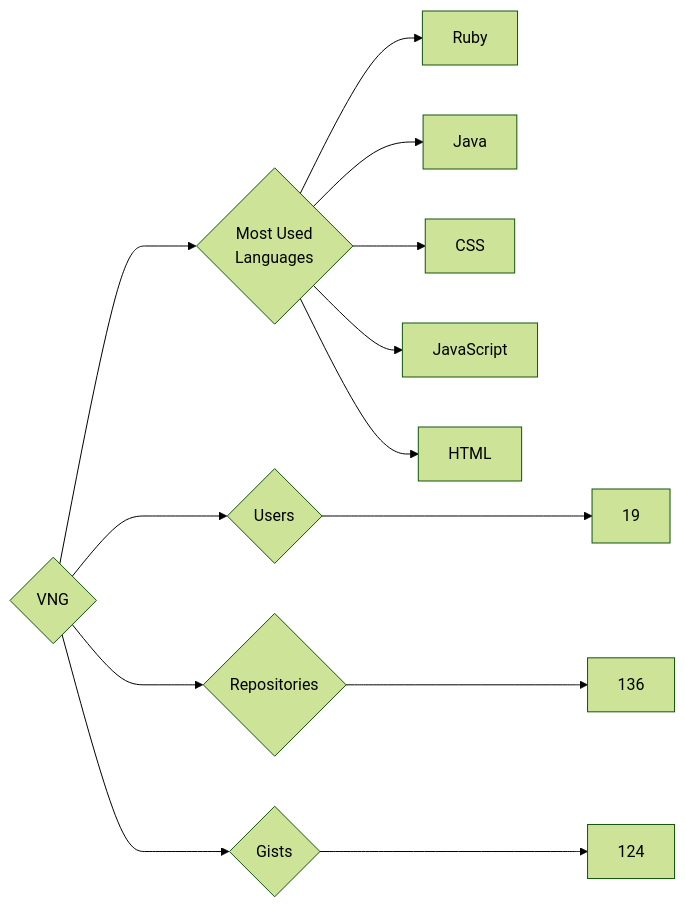
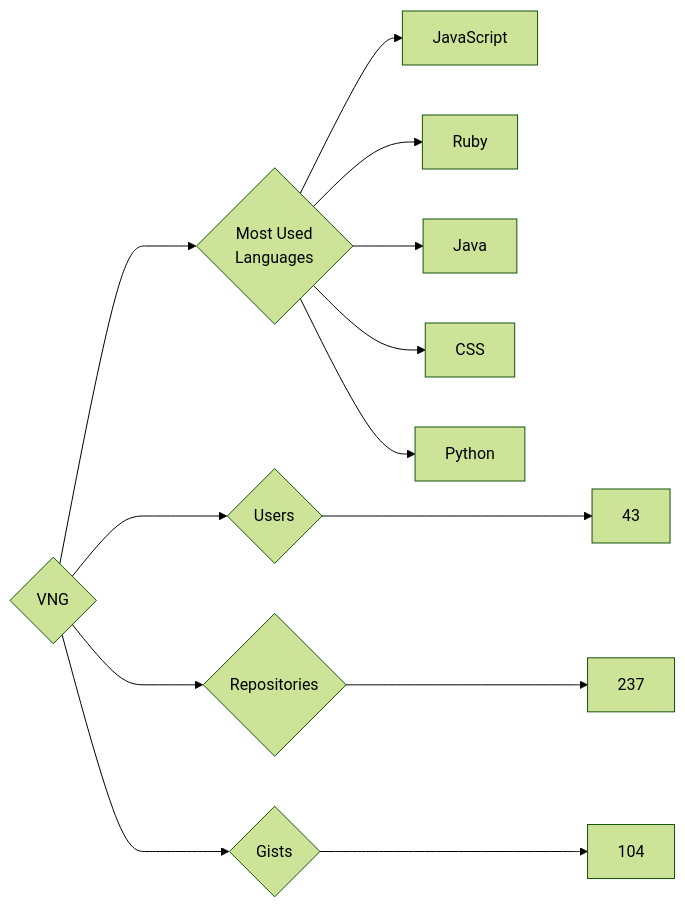
One commit to trickest/insiders changed the diagram in targets/VNG/README.md. Above: the diagram before and after it, drawn with Mermaid (forest theme). The commit also changed 928 other files, not shown here.

````diff
--- a/targets/VNG/README.md
+++ b/targets/VNG/README.md
@@ -3,13 +3,13 @@
 ```mermaid
 graph LR
 COMPANY_NAME{VNG}
-COMPANY_NAME ---> U{Users} ---> UN[19]
-COMPANY_NAME ---> R{Repositories} ---> RN[136]
-COMPANY_NAME ---> G{Gists} ---> GN[124]
+COMPANY_NAME ---> U{Users} ---> UN[43]
+COMPANY_NAME ---> R{Repositories} ---> RN[237]
+COMPANY_NAME ---> G{Gists} ---> GN[104]
 COMPANY_NAME ---> ML{Most Used<br>Languages}
+ML --> JavaScript[JavaScript]
 ML --> Ruby[Ruby]
 ML --> Java[Java]
 ML --> CSS[CSS]
-ML --> JavaScript[JavaScript]
-ML --> HTML[HTML]
+ML --> Python[Python]
 ```
````
